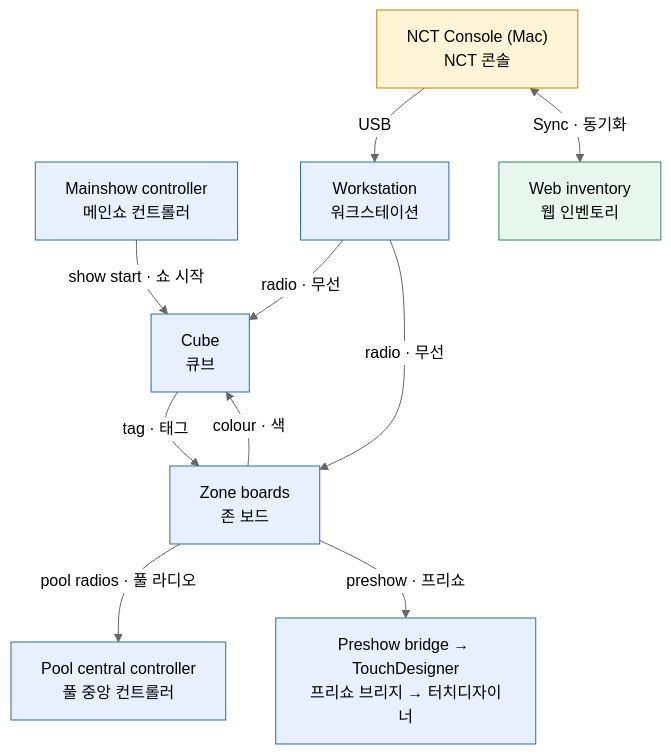
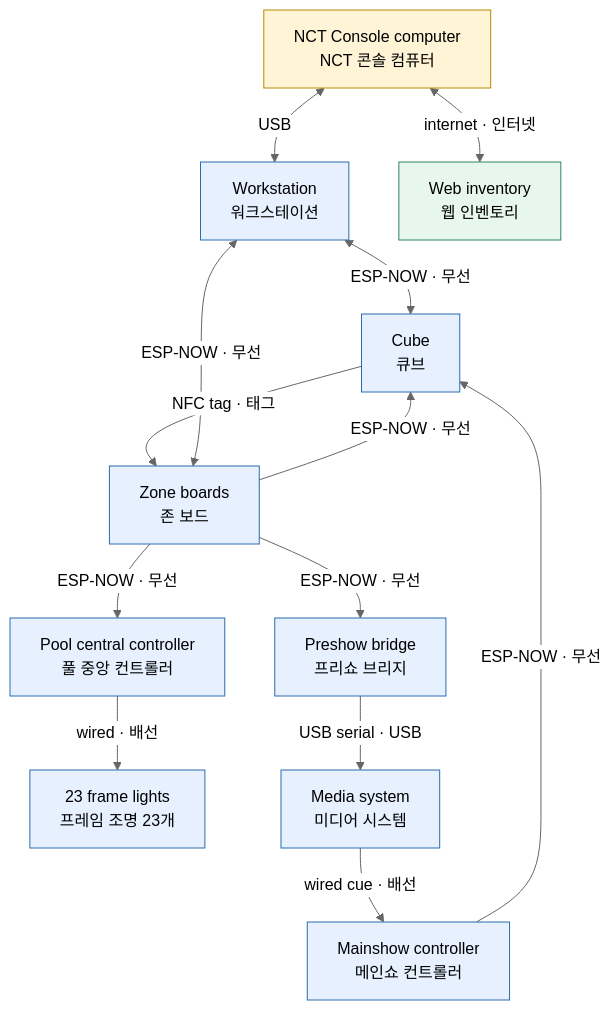
The second of 2 diagrams in console/docs/handover_v2/handbook/H1-introduction.md (elliotwoods/jinhee-sos), drawn with Mermaid (neutral theme) before and after one commit. The commit also changed other lines of this file and 25 other files, not shown here.

````diff
--- a/console/docs/handover_v2/handbook/H1-introduction.md
+++ b/console/docs/handover_v2/handbook/H1-introduction.md
@@ -50,23 +47,28 @@
 ```mermaid
 flowchart TD
   CU["Cube<br/>큐브"]:::dev
   ZB["Zone boards<br/>존 보드"]:::dev
   PC["Pool central controller<br/>풀 중앙 컨트롤러"]:::dev
-  PB["Preshow bridge → TouchDesigner<br/>프리쇼 브리지 → 터치디자이너"]:::dev
+  FL["23 frame lights<br/>프레임 조명 23개"]:::dev
+  PB["Preshow bridge<br/>프리쇼 브리지"]:::dev
+  MED["Media system<br/>미디어 시스템"]:::dev
   MC["Mainshow controller<br/>메인쇼 컨트롤러"]:::dev
   WS["Workstation<br/>워크스테이션"]:::dev
-  NC["NCT Console (Mac)<br/>NCT 콘솔"]:::op
+  NC["NCT Console computer<br/>NCT 콘솔 컴퓨터"]:::op
   WEB["Web inventory<br/>웹 인벤토리"]:::data
-  CU -->|"tag · 태그"| ZB
-  ZB -->|"colour · 색"| CU
-  ZB -->|"pool radios · 풀 라디오"| PC
-  ZB -->|"preshow · 프리쇼"| PB
-  MC -->|"show start · 쇼 시작"| CU
-  NC -->|"USB"| WS
-  WS -->|"radio · 무선"| CU
-  WS -->|"radio · 무선"| ZB
-  NC <-->|"Sync · 동기화"| WEB
+  CU -->|"NFC tag · 태그"| ZB
+  ZB -->|"ESP-NOW · 무선"| CU
+  ZB -->|"ESP-NOW · 무선"| PC
+  ZB -->|"ESP-NOW · 무선"| PB
+  PC -->|"wired · 배선"| FL
+  PB -->|"USB serial · USB"| MED
+  MED -->|"wired cue · 배선"| MC
+  MC -->|"ESP-NOW · 무선"| CU
+  WS <-->|"ESP-NOW · 무선"| CU
+  WS <-->|"ESP-NOW · 무선"| ZB
+  NC <-->|"USB"| WS
+  NC <-->|"internet · 인터넷"| WEB
   classDef op fill:#fff4d6,stroke:#b58900
   classDef dev fill:#e6f0ff,stroke:#2b6cb0
   classDef data fill:#e8f7ee,stroke:#2f855a
 ```
````
